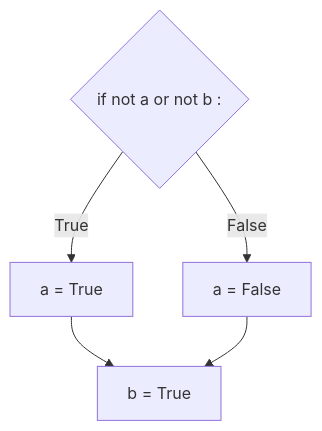
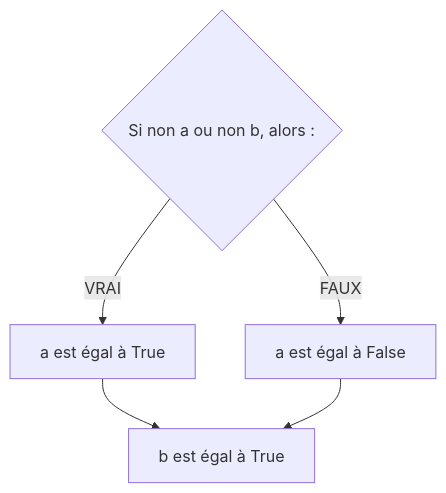
Before and after one commit to boddaert/nsi: the tenth of 10 diagrams in première/Langages_et_programmation/Constructions_élémentaires/Instructions_conditionnelles.md, drawn with Mermaid. The commit also changed other lines of this file, not shown here.

````diff
--- a/première/Langages_et_programmation/Constructions_élémentaires/Instructions_conditionnelles.md
+++ b/première/Langages_et_programmation/Constructions_élémentaires/Instructions_conditionnelles.md
@@ -230,8 +230,8 @@
 ```mermaid
   graph TB;
-      A{if not a or not b :};
-      A--True-->B[a = True];
-      A--False-->C[a = False];
-      B-->D[b = True];
-      C-->D[b = True];
+      A{Si non a ou non b, alors :};
+      A--VRAI-->B[a est égal à True];
+      A--FAUX-->C[a est égal à False];
+      B-->D[b est égal à True];
+      C-->D[b est égal à True];
 ```
````
